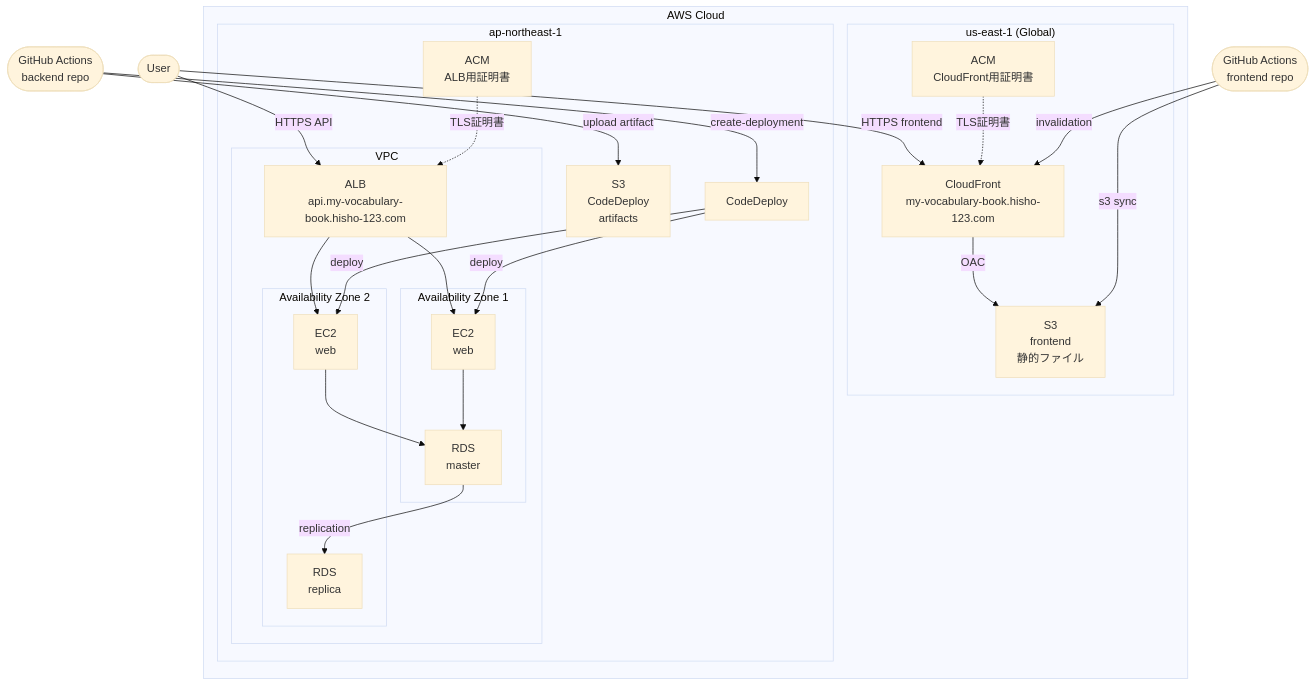
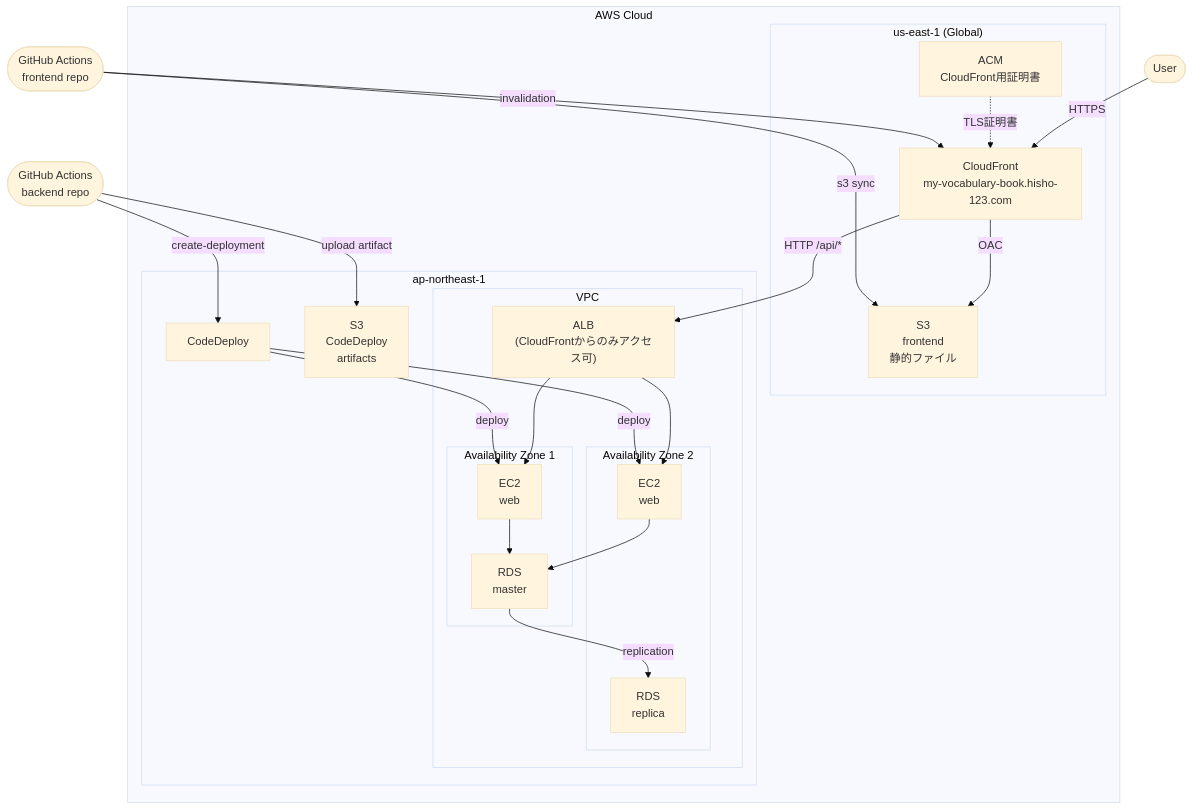
The diagram in mermaid/diagrams.md (hisho-123/aws-infra_mvb), drawn with Mermaid (base theme) before and after one commit. The commit also changed 3 other files, not shown here.

````diff
--- a/mermaid/diagrams.md
+++ b/mermaid/diagrams.md
@@ -1,60 +1,60 @@
 ```mermaid
 graph TB
     User(["User"])
     GHA_FE(["GitHub Actions\nfrontend repo"])
     GHA_BE(["GitHub Actions\nbackend repo"])
 
     subgraph AWS["AWS Cloud"]
         subgraph Global["us-east-1 (Global)"]
             ACM_CF["ACM\nCloudFront用証明書"]
             CF["CloudFront\nmy-vocabulary-book.hisho-123.com"]
             S3_FE["S3\nfrontend\n静的ファイル"]
         end
 
         subgraph AP["ap-northeast-1"]
-            ACM_ALB["ACM\nALB用証明書"]
             S3_CD["S3\nCodeDeploy\nartifacts"]
             CD["CodeDeploy"]
 
             subgraph VPC["VPC"]
-                ALB["ALB\napi.my-vocabulary-book.hisho-123.com"]
+                ALB["ALB\n(CloudFrontからのみアクセス可)"]
 
                 subgraph AZ1["Availability Zone 1"]
                     WEB1["EC2\nweb"]
                     DB_MASTER["RDS\nmaster"]
                 end
 
                 subgraph AZ2["Availability Zone 2"]
                     WEB2["EC2\nweb"]
                     DB_REPLICA["RDS\nreplica"]
                 end
             end
         end
     end
 
     %% ユーザーアクセス
-    User -->|"HTTPS frontend"| CF
-    User -->|"HTTPS API"| ALB
+    User -->|"HTTPS"| CF
 
     %% フロントエンド配信
     CF -->|"OAC"| S3_FE
     ACM_CF -.->|"TLS証明書"| CF
 
+    %% バックエンドAPI
+    CF -->|"HTTP /api/*"| ALB
+
     %% バックエンド
-    ACM_ALB -.->|"TLS証明書"| ALB
     ALB --> WEB1
     ALB --> WEB2
     WEB1 --> DB_MASTER
     WEB2 --> DB_MASTER
     DB_MASTER -->|"replication"| DB_REPLICA
 
     %% CI/CD frontend
     GHA_FE -->|"s3 sync"| S3_FE
     GHA_FE -->|"invalidation"| CF
 
     %% CI/CD backend
     GHA_BE -->|"upload artifact"| S3_CD
     GHA_BE -->|"create-deployment"| CD
     CD -->|"deploy"| WEB1
     CD -->|"deploy"| WEB2
 ```
````
